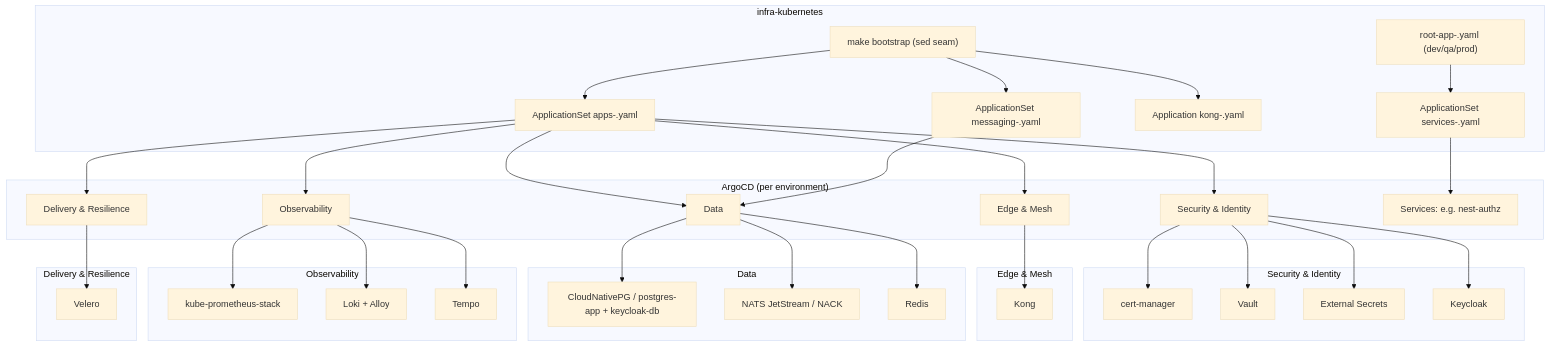
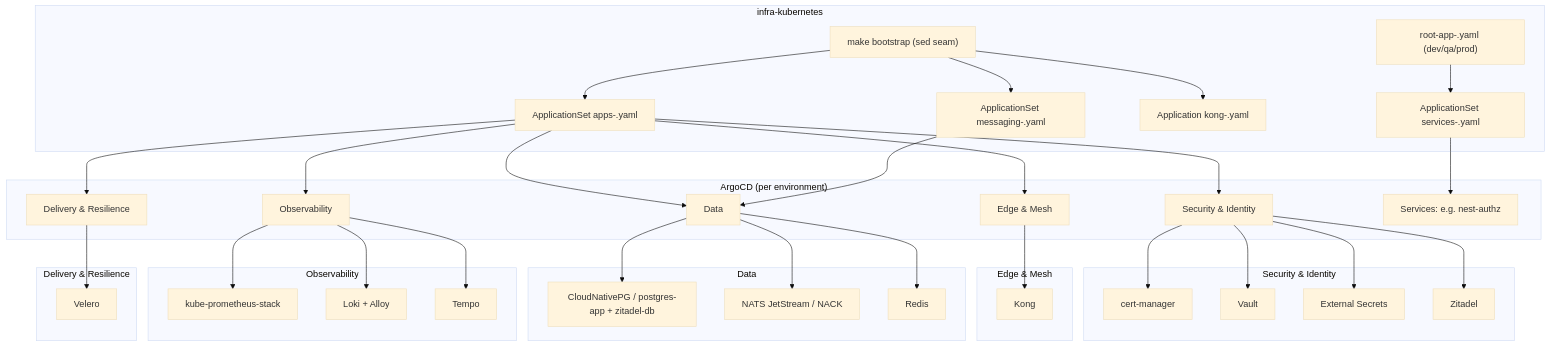
Before and after one commit to sca-templates/infra-kubernetes: the first of 3 diagrams in docs/architecture.md, drawn with Mermaid (base theme). The commit also changed other lines of this file and 72 other files, not shown here.

First line of the commit message:
refactor(auth): retire keycloak and make zitadel sole idp

````diff
--- a/docs/architecture.md
+++ b/docs/architecture.md
@@ -48,40 +48,40 @@
 ```mermaid
 graph TD
     subgraph Git["infra-kubernetes"]
         MK["make bootstrap (sed seam)"] --> B["ApplicationSet apps-<env>.yaml"]
         MK --> M["ApplicationSet messaging-<env>.yaml"]
         MK --> K["Application kong-<env>.yaml"]
         A["root-app-<env>.yaml (dev/qa/prod)"] --> S["ApplicationSet services-<env>.yaml"]
     end
     subgraph ArgoCD["ArgoCD (per environment)"]
         B --> C[Security & Identity]
         B --> D[Edge & Mesh]
         B --> E[Data]
         M --> E
         B --> F[Observability]
         B --> G[Delivery & Resilience]
         S --> SR[Services: e.g. nest-authz]
     end
     subgraph Security["Security & Identity"]
         C --> C1[cert-manager]
         C --> C2[Vault]
         C --> C3[External Secrets]
-        C --> C4[Keycloak]
+        C --> C4[Zitadel]
     end
     subgraph Edge["Edge & Mesh"]
         D --> D1[Kong]
     end
     subgraph Data["Data"]
-        E --> E1[CloudNativePG / postgres-app + keycloak-db]
+        E --> E1[CloudNativePG / postgres-app + zitadel-db]
         E --> E2[NATS JetStream / NACK]
         E --> E3[Redis]
     end
     subgraph Obs["Observability"]
         F --> F1[kube-prometheus-stack]
         F --> F2[Loki + Alloy]
         F --> F3[Tempo]
     end
     subgraph Delivery["Delivery & Resilience"]
         G --> G2[Velero]
     end
 ```
````
